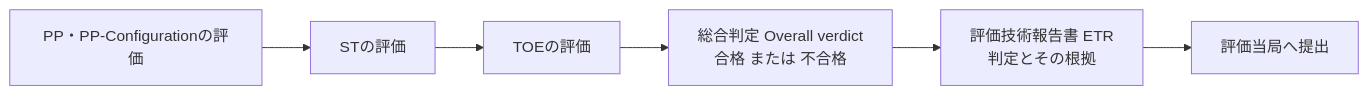
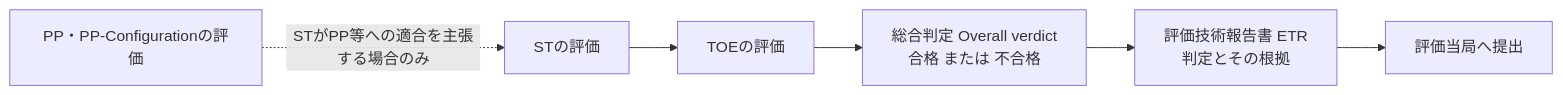
Diagram 14 of 17 in Iso-15408-1-2026-guide.md (myoshi2891/Security_Studies), drawn with Mermaid before and after one commit. The commit also changed other lines of this file and 1 other file, not shown here.

````diff
--- a/Iso-15408-1-2026-guide.md
+++ b/Iso-15408-1-2026-guide.md
@@ -574,8 +574,8 @@
 ```mermaid
 flowchart LR
-    PPE["PP・PP-Configurationの評価"] --> STE["STの評価"]
+    PPE["PP・PP-Configurationの評価"] -.->|"STがPP等への適合を主張する場合のみ"| STE["STの評価"]
     STE --> TOEE["TOEの評価"]
     TOEE --> VER["総合判定 Overall verdict<br/>合格 または 不合格"]
     VER --> ETR["評価技術報告書 ETR<br/>判定とその根拠"]
     ETR --> AUTH["評価当局へ提出"]
 ```
````
